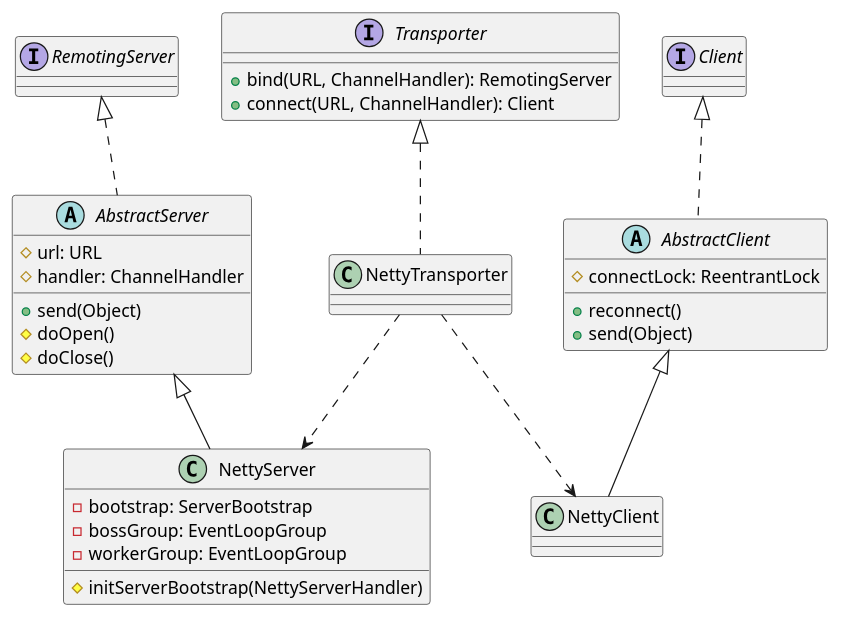
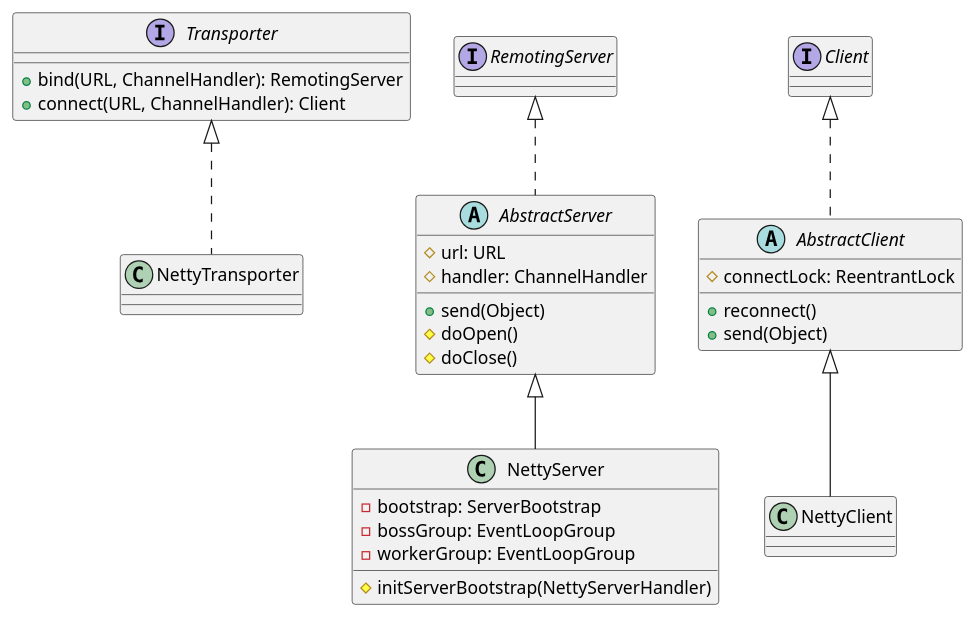
Before and after one commit to kevinwang930/kevinwang930.github.io: the ninth of 16 diagrams in content/post/network/dubbo/index.md, drawn with PlantUML. The commit also changed other lines of this file, not shown here.

````diff
--- a/content/post/network/dubbo/index.md
+++ b/content/post/network/dubbo/index.md
@@ -1296,37 +1554,34 @@
 ```plantuml
 @startuml
 top to bottom direction
 
 interface Transporter {
   + bind(URL, ChannelHandler): RemotingServer
   + connect(URL, ChannelHandler): Client
 }
 class NettyTransporter implements Transporter
 
 interface RemotingServer
 abstract class AbstractServer implements RemotingServer {
   # url: URL
   # handler: ChannelHandler
   + send(Object)
   # doOpen()
   # doClose()
 }
 class NettyServer extends AbstractServer {
   - bootstrap: ServerBootstrap
   - bossGroup: EventLoopGroup
   - workerGroup: EventLoopGroup
   # initServerBootstrap(NettyServerHandler)
 }
 
 interface Client
 abstract class AbstractClient implements Client {
   # connectLock: ReentrantLock
   + reconnect()
   + send(Object)
 }
 class NettyClient extends AbstractClient
-
-NettyTransporter ..> NettyServer
-NettyTransporter ..> NettyClient
 @enduml
 ```
````
